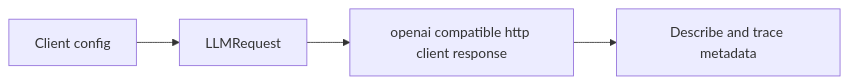
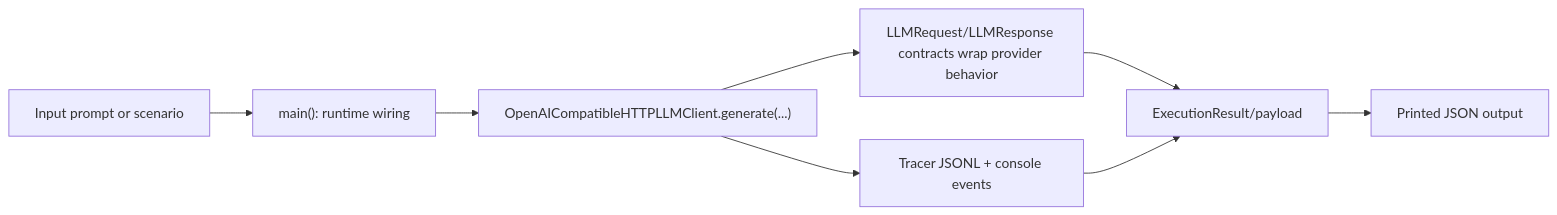
The diagram in docs/examples/clients/openai_compatible_http_client.rst (cmudrc/design-research-agents), drawn with Mermaid before and after one commit. The commit also changed other lines of this file and 83 other files, not shown here.

```diff
--- a/docs/examples/clients/openai_compatible_http_client.rst
+++ b/docs/examples/clients/openai_compatible_http_client.rst
@@ -21,6 +22,10 @@
 .. mermaid::
 
    flowchart LR
-       A["Client config"] --> B["LLMRequest"]
-       B --> C["openai compatible http client response"]
-       C --> D["Describe and trace metadata"]
+       A["Input prompt or scenario"] --> B["main(): runtime wiring"]
+       B --> C["OpenAICompatibleHTTPLLMClient.generate(...)"]
+       C --> D["LLMRequest/LLMResponse contracts wrap provider behavior"]
+       C --> E["Tracer JSONL + console events"]
+       D --> F["ExecutionResult/payload"]
+       E --> F
+       F --> G["Printed JSON output"]
```
